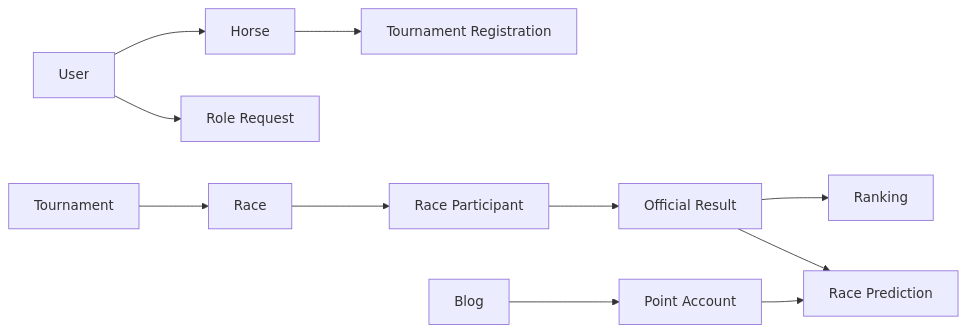
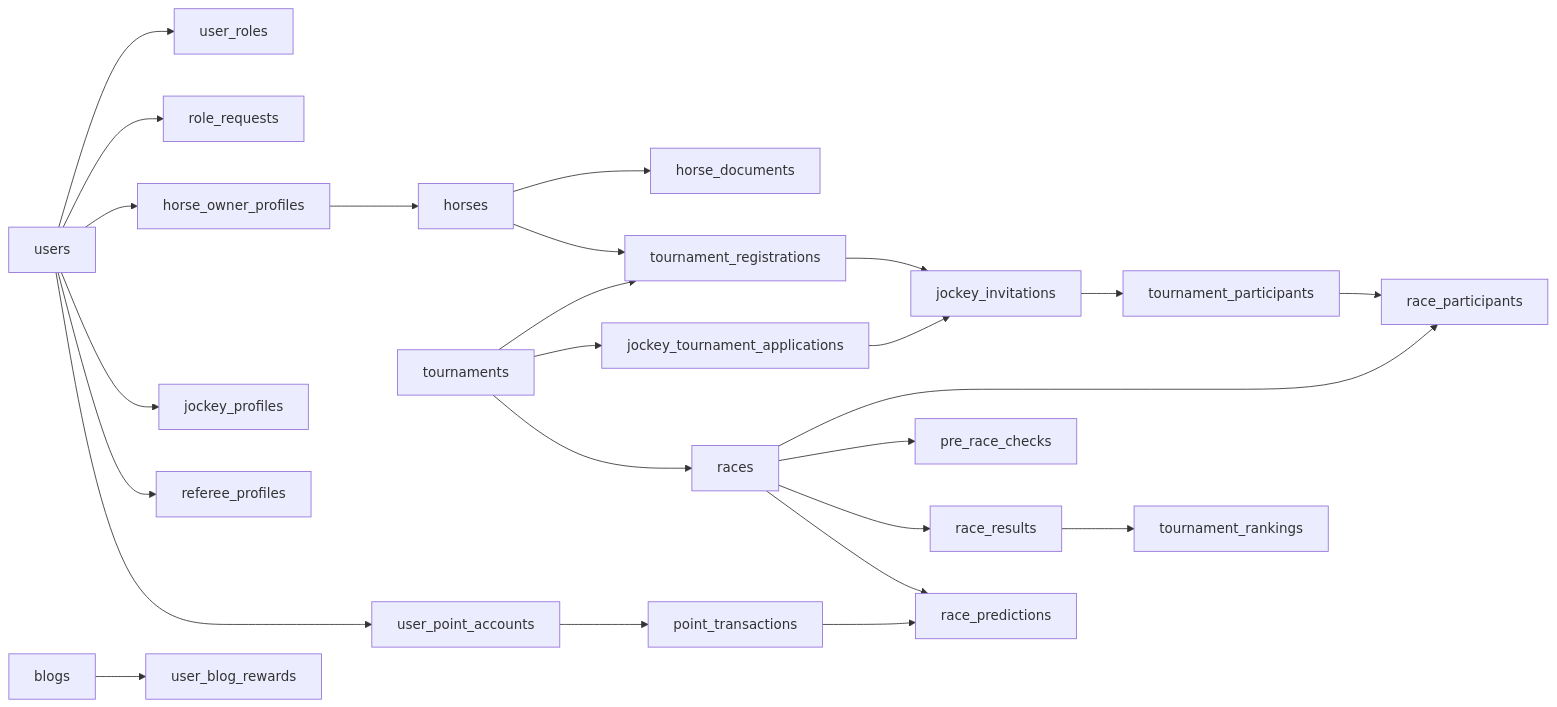
One commit to itsHungw/SWP391-horse-racing-tournament-system changed the diagram in docs/specs/business/01_domain-model.md. Above: the diagram before and after it, drawn with Mermaid. The commit also changed other lines of this file and 18 other files, not shown here.

First line of the commit message:
Refactor documentation for horse racing tournament management system

````diff
--- a/docs/specs/business/01_domain-model.md
+++ b/docs/specs/business/01_domain-model.md
@@ -40,13 +51,27 @@
 ```mermaid
 flowchart LR
-    U["User"] --> H["Horse"]
-    U --> RR["Role Request"]
-    T["Tournament"] --> R["Race"]
-    H --> TR["Tournament Registration"]
-    R --> RP["Race Participant"]
-    RP --> RES["Official Result"]
-    RES --> RK["Ranking"]
-    B["Blog"] --> PA["Point Account"]
-    PA --> P["Race Prediction"]
-    RES --> P
+    U["users"] --> UR["user_roles"]
+    U --> RR["role_requests"]
+    U --> OP["horse_owner_profiles"]
+    U --> JP["jockey_profiles"]
+    U --> FP["referee_profiles"]
+    OP --> H["horses"]
+    H --> HD["horse_documents"]
+    T["tournaments"] --> TR["tournament_registrations"]
+    H --> TR
+    T --> JA["jockey_tournament_applications"]
+    JA --> JI["jockey_invitations"]
+    TR --> JI
+    JI --> TP["tournament_participants"]
+    T --> R["races"]
+    TP --> RP["race_participants"]
+    R --> RP
+    R --> PRC["pre_race_checks"]
+    R --> RES["race_results"]
+    RES --> RK["tournament_rankings"]
+    B["blogs"] --> UBR["user_blog_rewards"]
+    U --> UPA["user_point_accounts"]
+    UPA --> PT["point_transactions"]
+    R --> P["race_predictions"]
+    PT --> P
 ```
````
